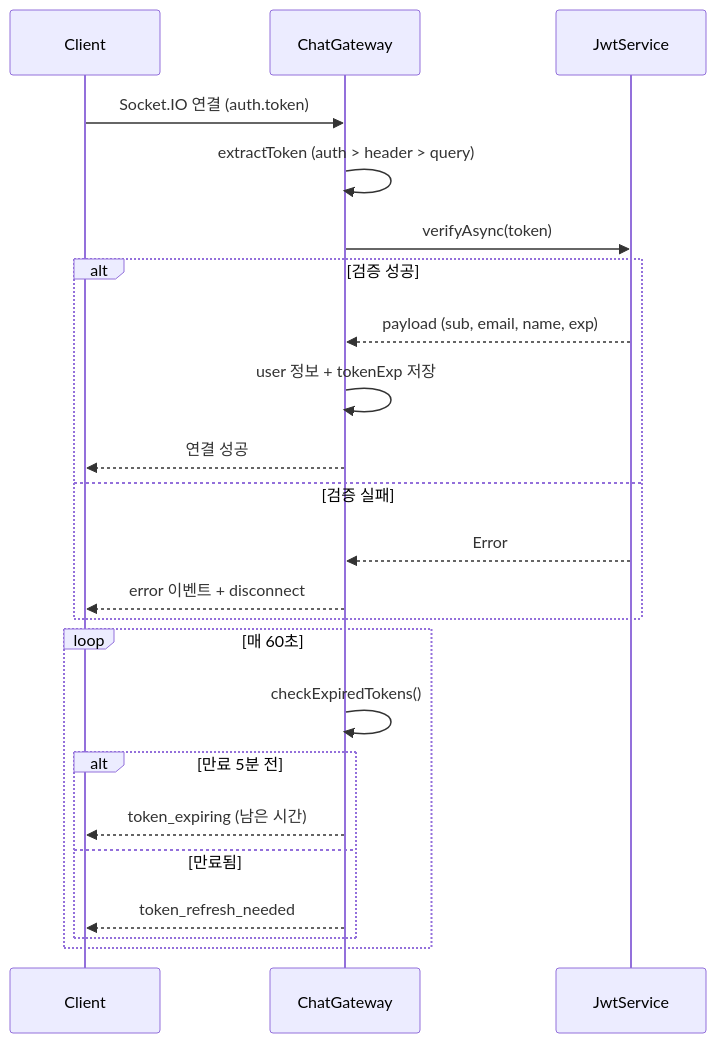
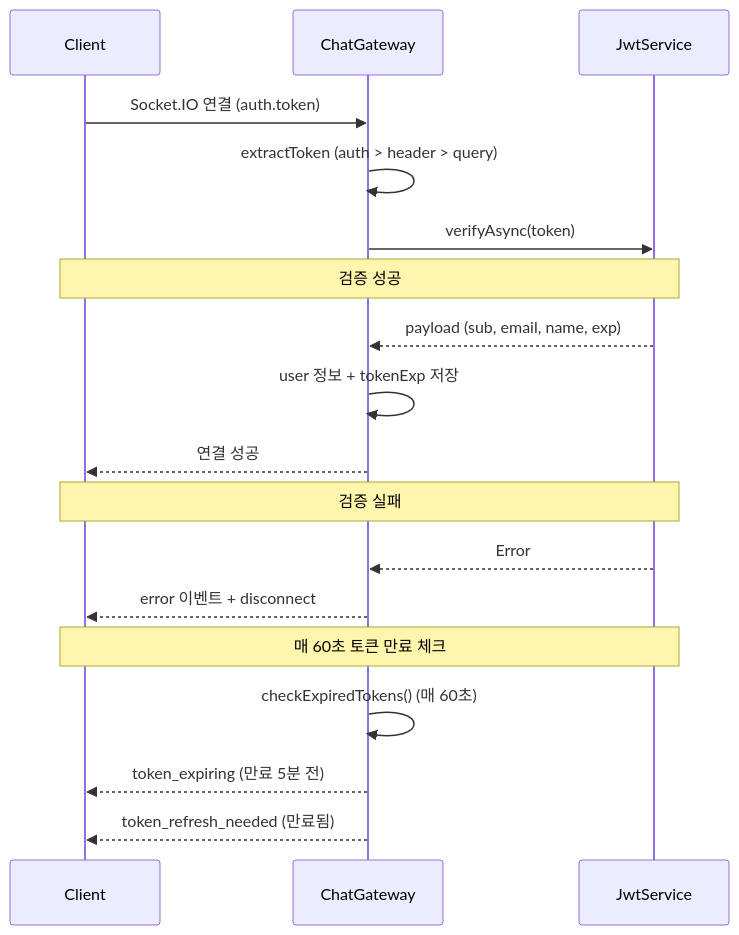
The third of 4 diagrams in docs/architecture/SECURITY.md (uniyous/parkgolf-platform), drawn with Mermaid before and after one commit. The commit also changed other lines of this file and 5 other files, not shown here.

First line of the commit message:
docs: 다이어그램 체계 정비 및 문서 개선

````diff
--- a/docs/architecture/SECURITY.md
+++ b/docs/architecture/SECURITY.md
@@ -251,28 +257,24 @@
 ```mermaid
 sequenceDiagram
-    participant Client
-    participant ChatGateway
-    participant JwtService
+    participant Client as Client
+    participant ChatGateway as ChatGateway
+    participant JwtService as JwtService
 
     Client->>ChatGateway: Socket.IO 연결 (auth.token)
     ChatGateway->>ChatGateway: extractToken (auth > header > query)
     ChatGateway->>JwtService: verifyAsync(token)
 
-    alt 검증 성공
-        JwtService-->>ChatGateway: payload (sub, email, name, exp)
-        ChatGateway->>ChatGateway: user 정보 + tokenExp 저장
-        ChatGateway-->>Client: 연결 성공
-    else 검증 실패
-        JwtService-->>ChatGateway: Error
-        ChatGateway-->>Client: error 이벤트 + disconnect
-    end
+    Note over Client,JwtService: 검증 성공
+    JwtService-->>ChatGateway: payload (sub, email, name, exp)
+    ChatGateway->>ChatGateway: user 정보 + tokenExp 저장
+    ChatGateway-->>Client: 연결 성공
 
-    loop 매 60초
-        ChatGateway->>ChatGateway: checkExpiredTokens()
-        alt 만료 5분 전
-            ChatGateway-->>Client: token_expiring (남은 시간)
-        else 만료됨
-            ChatGateway-->>Client: token_refresh_needed
-        end
-    end
+    Note over Client,JwtService: 검증 실패
+    JwtService-->>ChatGateway: Error
+    ChatGateway-->>Client: error 이벤트 + disconnect
+
+    Note over Client,JwtService: 매 60초 토큰 만료 체크
+    ChatGateway->>ChatGateway: checkExpiredTokens() (매 60초)
+    ChatGateway-->>Client: token_expiring (만료 5분 전)
+    ChatGateway-->>Client: token_refresh_needed (만료됨)
 ```
````
